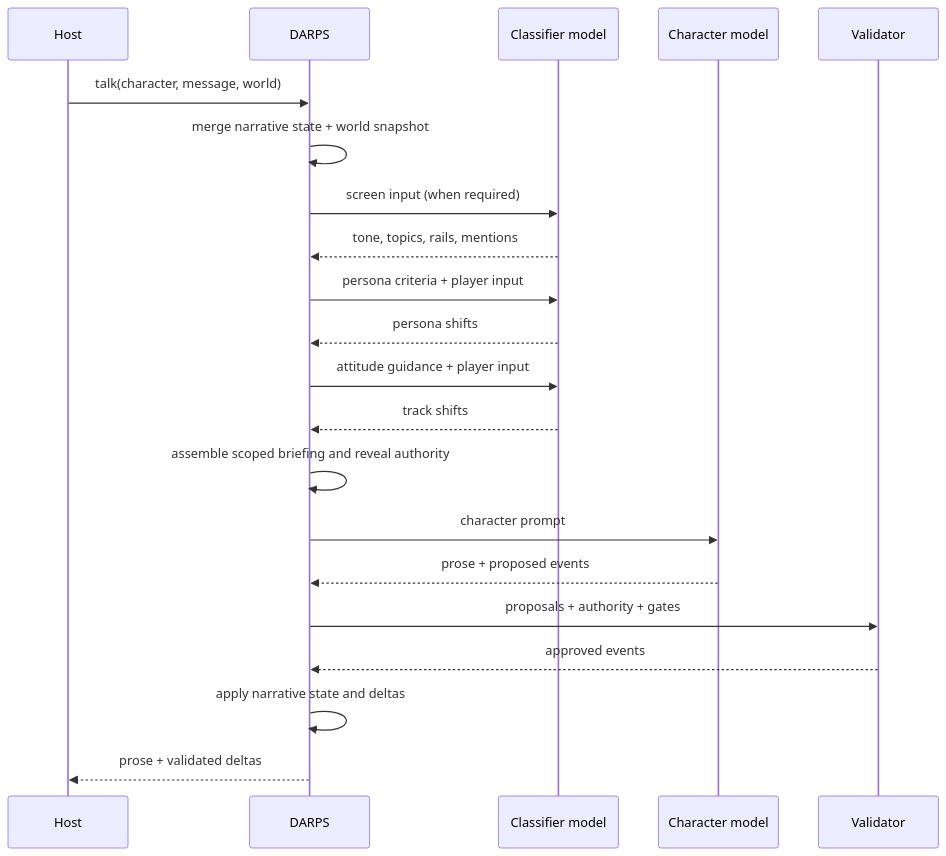
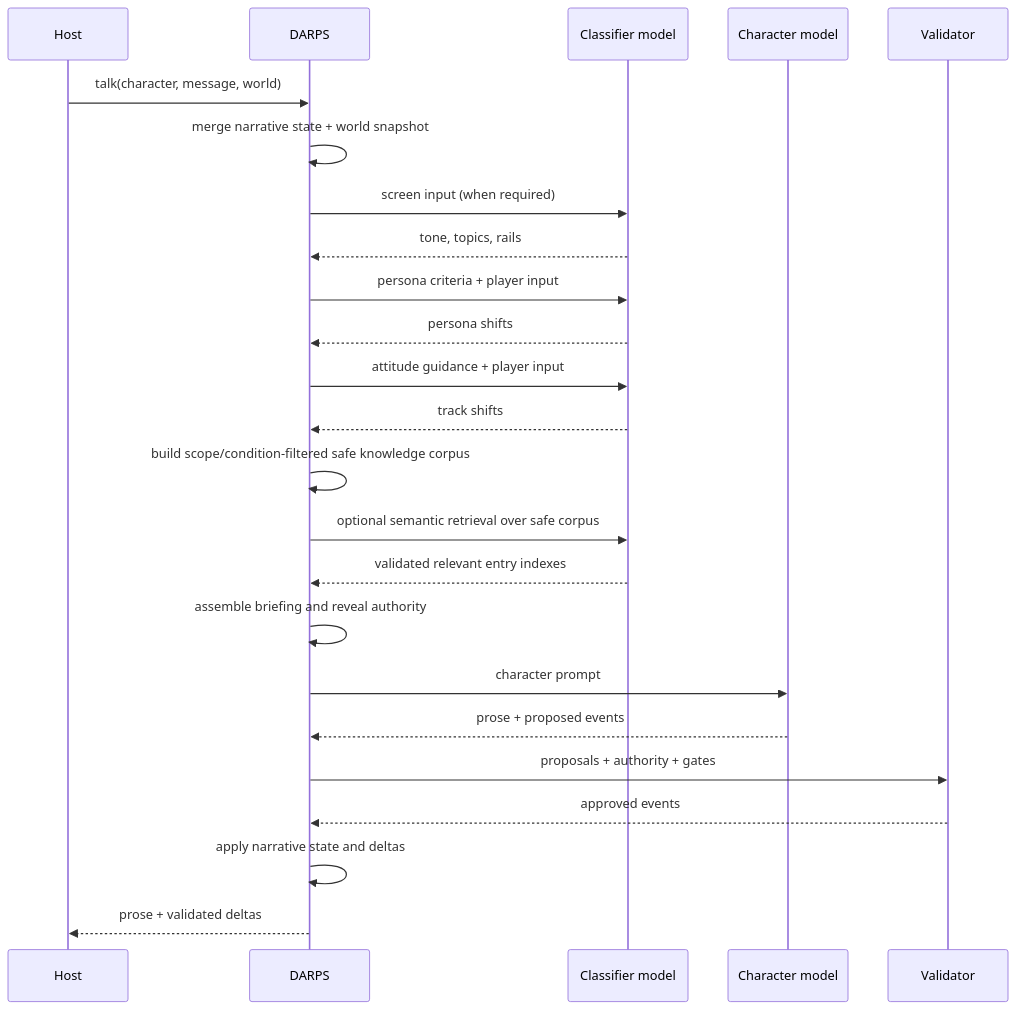
The first of 4 diagrams in docs/internals/data-flow.md (Desagidit/darps), drawn with Mermaid before and after one commit. The commit also changed other lines of this file and 34 other files, not shown here.

Commit message:
Redesign shared knowledge retrieval

````diff
--- a/docs/internals/data-flow.md
+++ b/docs/internals/data-flow.md
@@ -5,24 +5,27 @@
 ```mermaid
 sequenceDiagram
     participant H as Host
     participant D as DARPS
     participant C as Classifier model
     participant R as Character model
     participant V as Validator
 
     H->>D: talk(character, message, world)
     D->>D: merge narrative state + world snapshot
     D->>C: screen input (when required)
-    C-->>D: tone, topics, rails, mentions
+    C-->>D: tone, topics, rails
     D->>C: persona criteria + player input
     C-->>D: persona shifts
     D->>C: attitude guidance + player input
     C-->>D: track shifts
-    D->>D: assemble scoped briefing and reveal authority
+    D->>D: build scope/condition-filtered safe knowledge corpus
+    D->>C: optional semantic retrieval over safe corpus
+    C-->>D: validated relevant entry indexes
+    D->>D: assemble briefing and reveal authority
     D->>R: character prompt
     R-->>D: prose + proposed events
     D->>V: proposals + authority + gates
     V-->>D: approved events
     D->>D: apply narrative state and deltas
     D-->>H: prose + validated deltas
 ```
````
